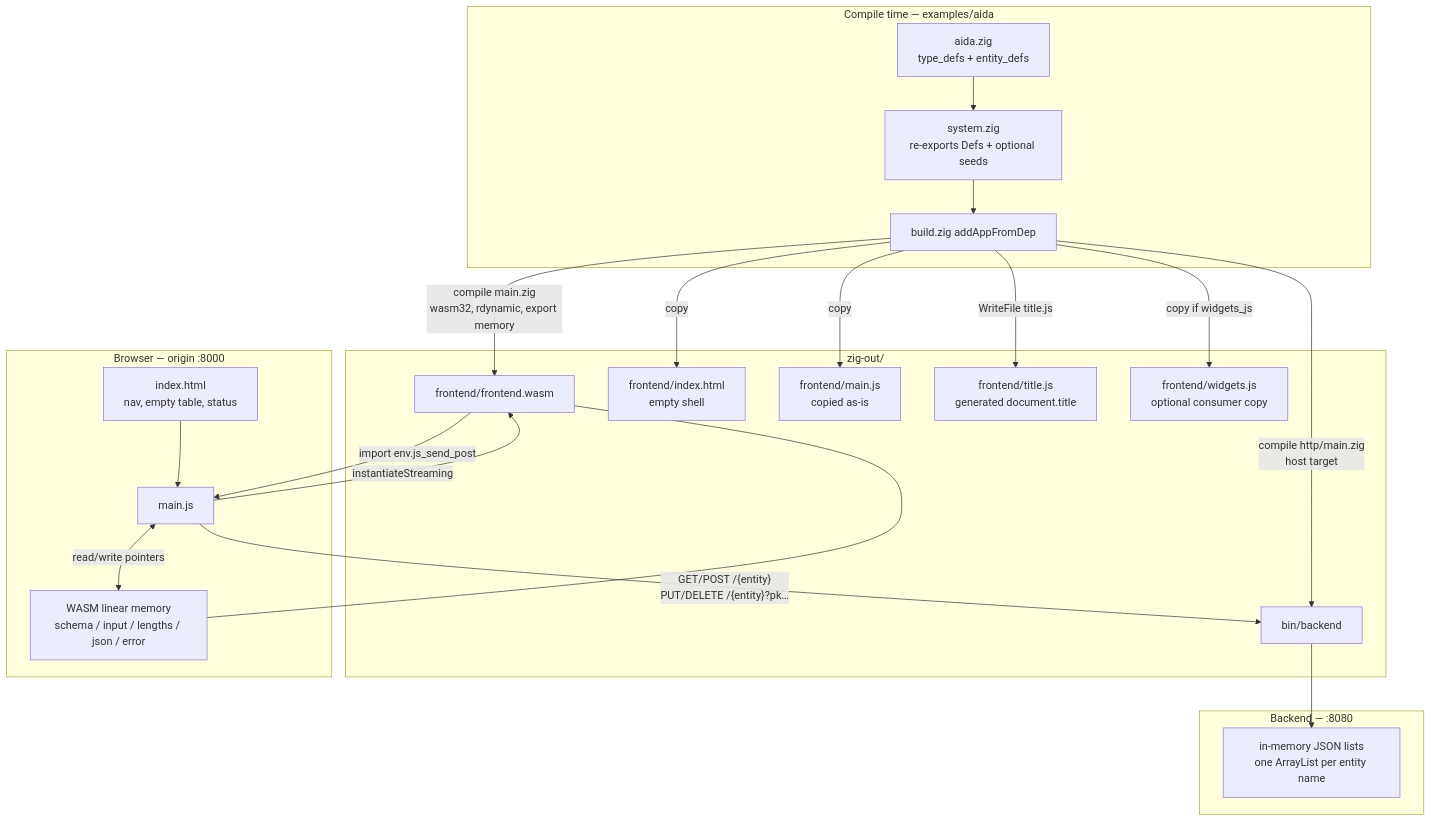
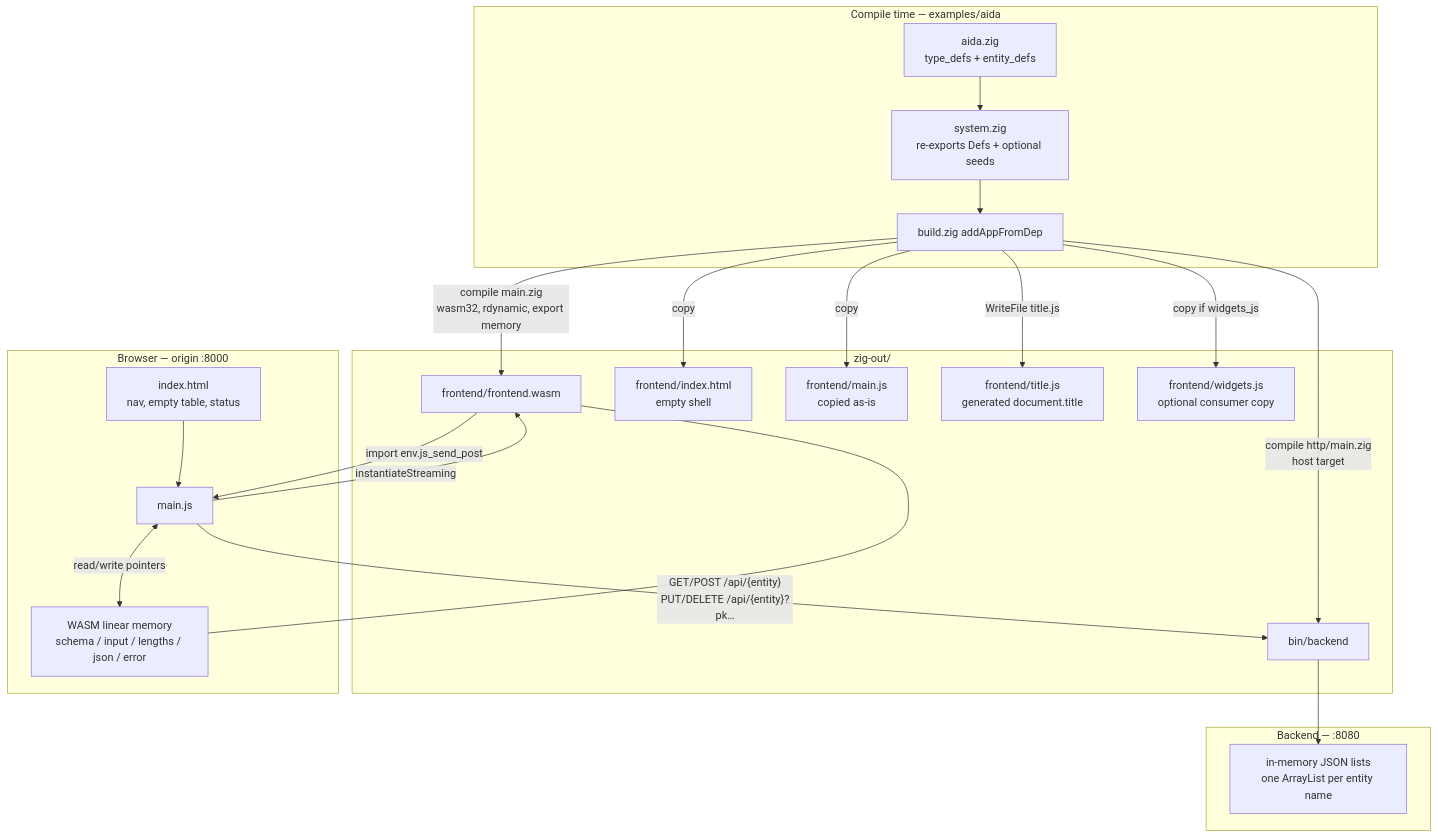
One commit to hggomez/zigma-definition changed the diagram in docs/frontend.md. Above: the diagram before and after it, drawn with Mermaid. The commit also changed other lines of this file and 18 other files, not shown here.

````diff
--- a/docs/frontend.md
+++ b/docs/frontend.md
@@ -15,43 +15,43 @@
 ```mermaid
 flowchart TB
   subgraph compile["Compile time — examples/aida"]
     aida["aida.zig<br/>type_defs + entity_defs"]
     sys["system.zig<br/>re-exports Defs + optional seeds"]
     addApp["build.zig addAppFromDep"]
     aida --> sys
     sys --> addApp
   end
 
   subgraph artifacts["zig-out/"]
     wasm["frontend/frontend.wasm"]
     html["frontend/index.html<br/>empty shell"]
     js["frontend/main.js<br/>copied as-is"]
     titlejs["frontend/title.js<br/>generated document.title"]
     wjs["frontend/widgets.js<br/>optional consumer copy"]
     bin["bin/backend"]
     addApp -->|"compile main.zig<br/>wasm32, rdynamic, export memory"| wasm
     addApp -->|"copy"| html
     addApp -->|"copy"| js
     addApp -->|"WriteFile title.js"| titlejs
     addApp -->|"copy if widgets_js"| wjs
     addApp -->|"compile http/main.zig<br/>host target"| bin
   end
 
   subgraph browser["Browser — origin :8000"]
     page["index.html<br/>nav, empty table, status"]
     mainjs["main.js"]
     mem["WASM linear memory<br/>schema / input / lengths / json / error"]
     page --> mainjs
     mainjs -->|"instantiateStreaming"| wasm
     wasm --- mem
     mainjs <-->|"read/write pointers"| mem
     wasm -->|"import env.js_send_post"| mainjs
   end
 
   subgraph server["Backend — :8080"]
     lists["in-memory JSON lists<br/>one ArrayList per entity name"]
     bin --> lists
   end
 
-  mainjs -->|"GET/POST /{entity}<br/>PUT/DELETE /{entity}?pk…"| bin
+  mainjs -->|"GET/POST /api/{entity}<br/>PUT/DELETE /api/{entity}?pk…"| bin
 ```
````
